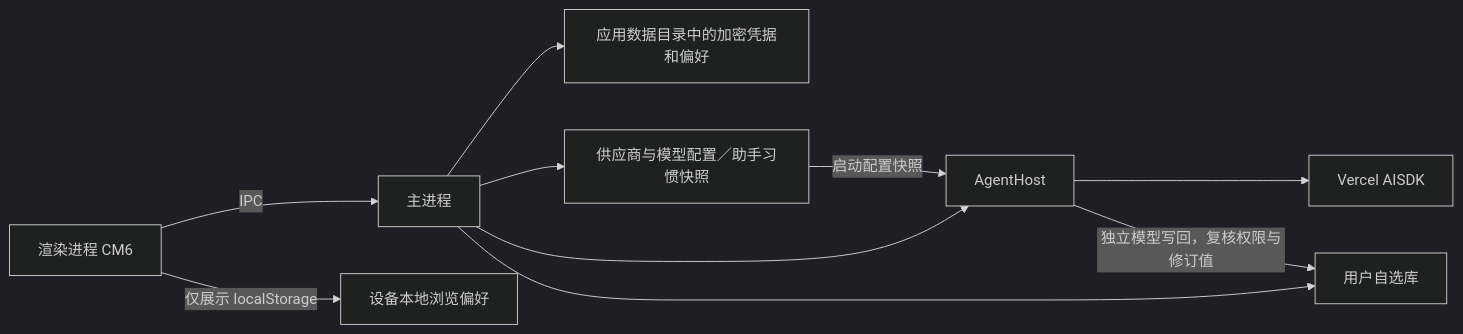
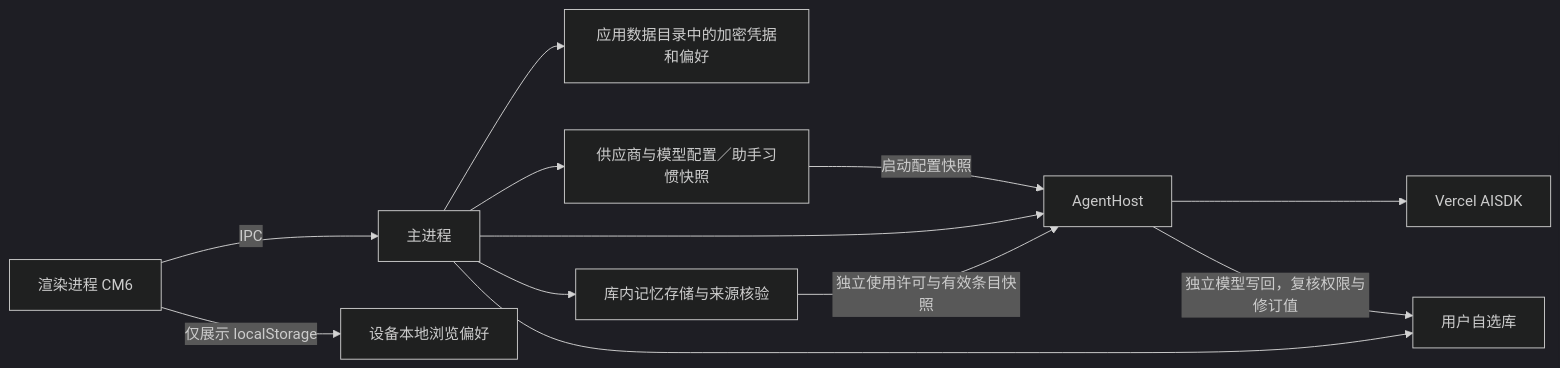
One commit to skahanium/Rgent changed the first of 2 diagrams in docs/architecture.md. Above: the diagram before and after it, drawn with Mermaid (dark theme). The commit also changed other lines of this file and 18 other files, not shown here.

````diff
--- a/docs/architecture.md
+++ b/docs/architecture.md
@@ -9,21 +9,24 @@
 ```mermaid
 flowchart LR
   Renderer[渲染进程 CM6]
   Main[主进程]
   Host[AgentHost]
   SDK[Vercel AISDK]
   Vault[用户自选库]
   Keys[应用数据目录中的加密凭据和偏好]
   Config[供应商与模型配置／助手习惯快照]
   Browse[设备本地浏览偏好]
+  Memory[库内记忆存储与来源核验]
 
   Renderer -->|IPC| Main
   Main --> Keys
   Main --> Config
   Config -->|启动配置快照| Host
   Renderer -->|仅展示 localStorage| Browse
   Main --> Host
   Host --> SDK
+  Main --> Memory
+  Memory -->|独立使用许可与有效条目快照| Host
   Main --> Vault
   Host -->|独立模型写回，复核权限与修订值| Vault
 ```
````
